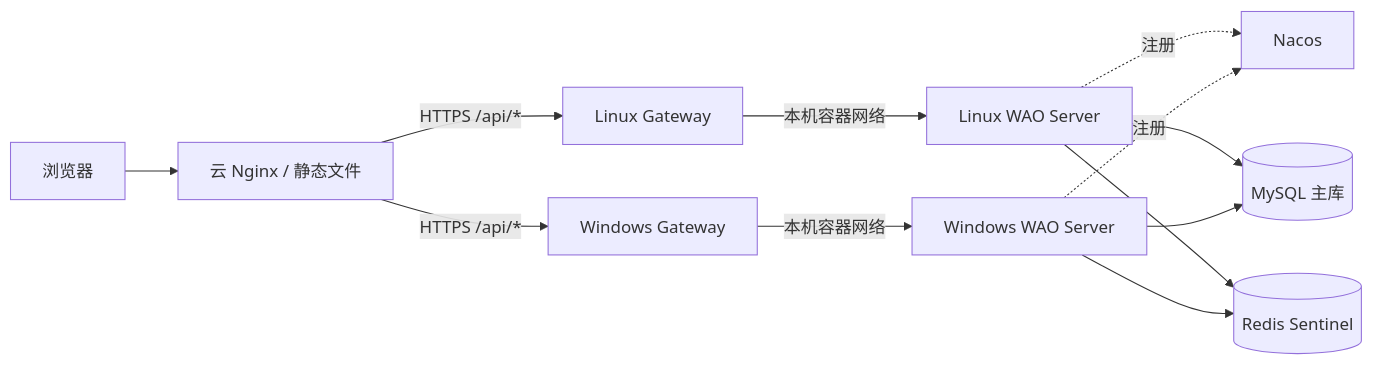
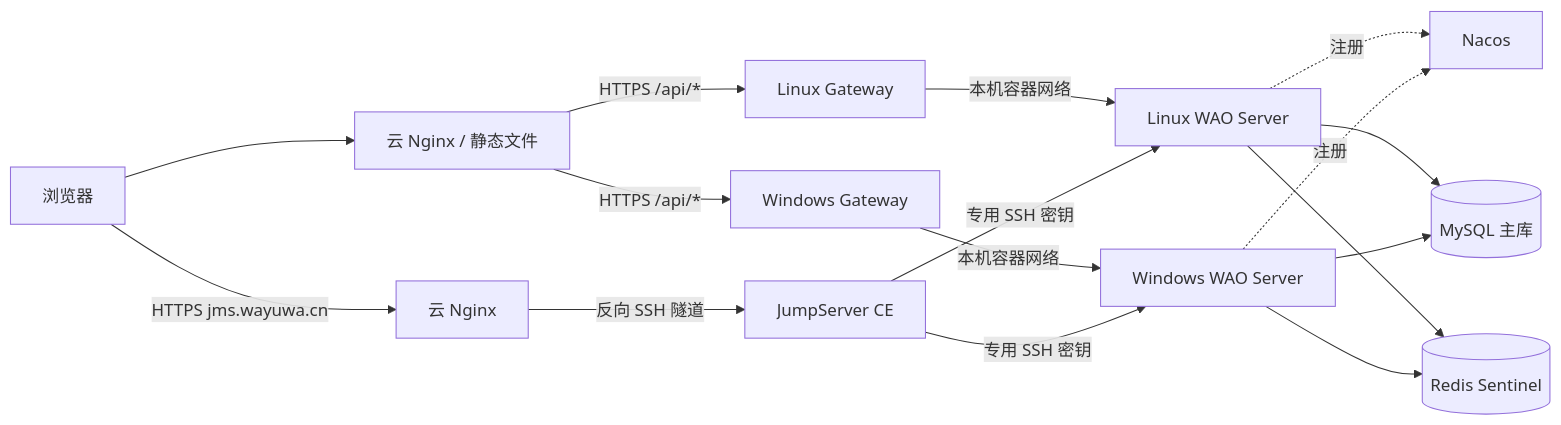
Before and after one commit to wayuwadi/wao: the diagram in docs/architecture.md, drawn with Mermaid. The commit also changed other lines of this file and 38 other files, not shown here.

First line of the commit message:
feat(ops): 部署 JumpServer 统一资源管理入口

````diff
--- a/docs/architecture.md
+++ b/docs/architecture.md
@@ -23,14 +25,18 @@
 ```mermaid
 flowchart LR
     Browser["浏览器"] --> Nginx["云 Nginx / 静态文件"]
     Nginx -->|"HTTPS /api/*"| Gateway1["Linux Gateway"]
     Nginx -->|"HTTPS /api/*"| Gateway2["Windows Gateway"]
     Gateway1 -->|"本机容器网络"| Server1["Linux WAO Server"]
     Gateway2 -->|"本机容器网络"| Server2["Windows WAO Server"]
     Server1 -.注册.-> Nacos["Nacos"]
     Server2 -.注册.-> Nacos
     Server1 --> MySQL[("MySQL 主库")]
     Server2 --> MySQL
     Server1 --> Redis[("Redis Sentinel")]
     Server2 --> Redis
+    Browser -->|"HTTPS jms.wayuwa.cn"| JmsNginx["云 Nginx"]
+    JmsNginx -->|"反向 SSH 隧道"| JumpServer["JumpServer CE"]
+    JumpServer -->|"专用 SSH 密钥"| Server1
+    JumpServer -->|"专用 SSH 密钥"| Server2
 ```
````
